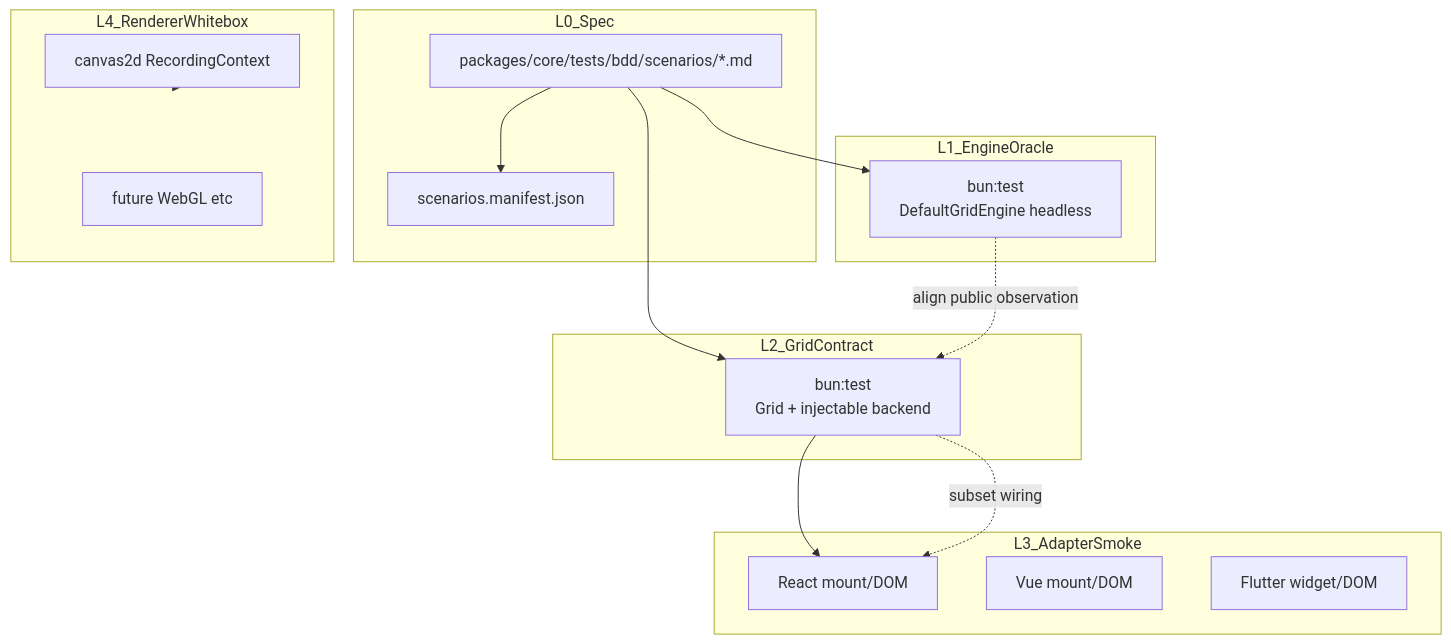
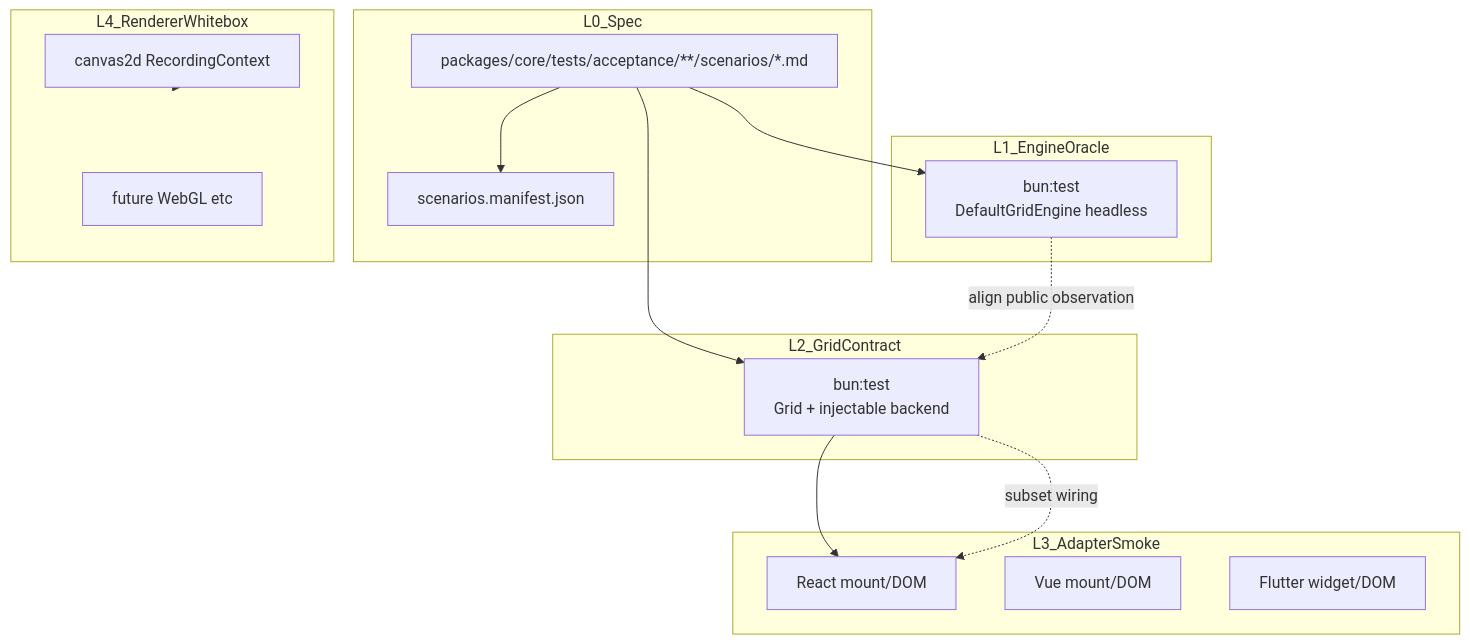
The diagram in docs/superpowers/specs/2026-06-08-novasheet-behavioral-testing-design.md (r1005410078/NovaSheet), drawn with Mermaid before and after one commit. The commit also changed other lines of this file and 103 other files, not shown here.

First line of the commit message:
test(core): BDD 场景迁移 acceptance taxonomy 并引入黄金文件契约

````diff
--- a/docs/superpowers/specs/2026-06-08-novasheet-behavioral-testing-design.md
+++ b/docs/superpowers/specs/2026-06-08-novasheet-behavioral-testing-design.md
@@ -115,34 +115,34 @@
 ```mermaid
 flowchart TB
   subgraph L0 [L0_Spec]
-    md["packages/core/tests/bdd/scenarios/*.md"]
+    md["packages/core/tests/acceptance/**/scenarios/*.md"]
     manifest["scenarios.manifest.json"]
   end
 
   subgraph L1 [L1_EngineOracle]
     engineTest["bun:test\nDefaultGridEngine headless"]
   end
 
   subgraph L2 [L2_GridContract]
     gridTest["bun:test\nGrid + injectable backend"]
   end
 
   subgraph L3 [L3_AdapterSmoke]
     reactSmoke["React mount/DOM"]
     vueSmoke["Vue mount/DOM"]
     flutterSmoke["Flutter widget/DOM"]
   end
 
   subgraph L4 [L4_RendererWhitebox]
     painters["canvas2d RecordingContext"]
     futureRender["future WebGL etc"]
   end
 
   md --> manifest
   md --> engineTest
   md --> gridTest
   gridTest --> reactSmoke
   engineTest -.->|"align public observation"| gridTest
   gridTest -.->|"subset wiring"| reactSmoke
   painters --> L4
 ```
````
